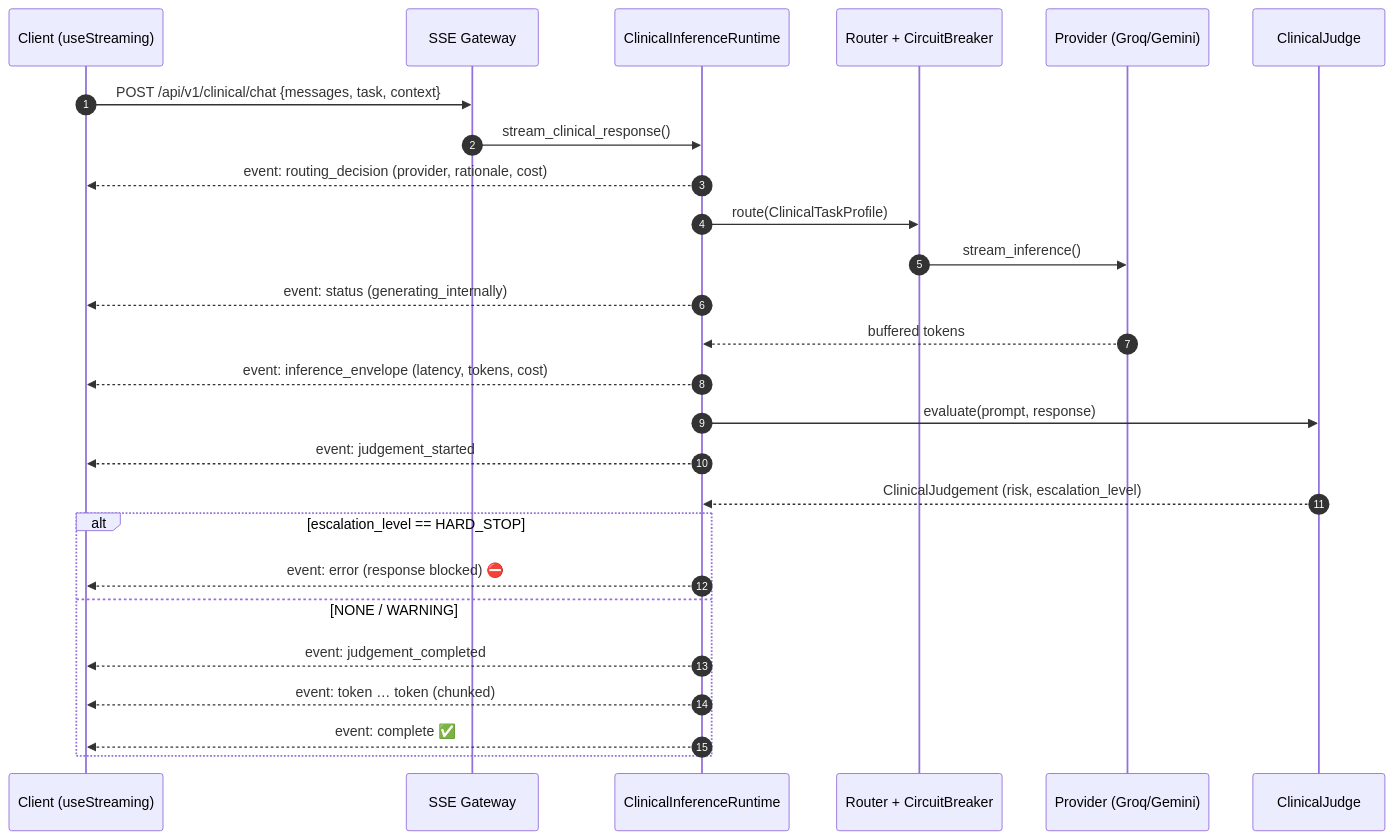
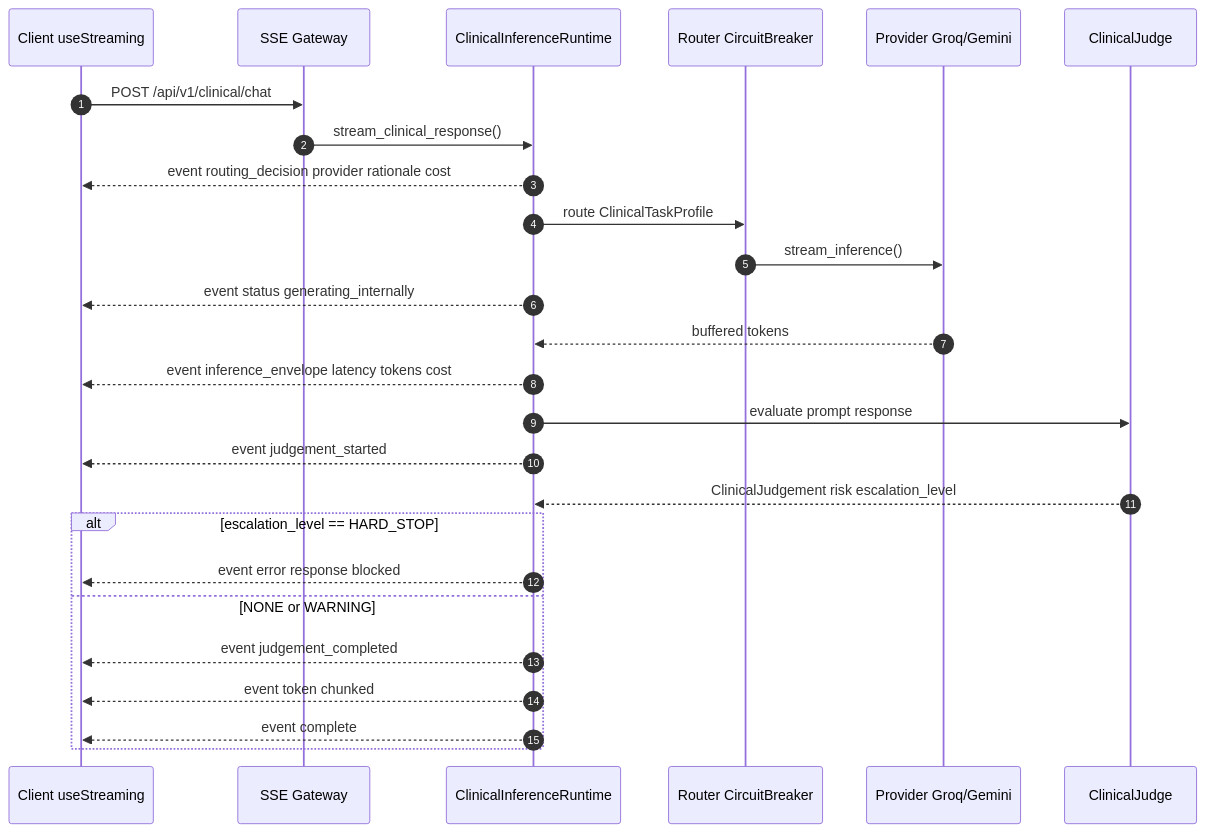
The second of 4 diagrams in README.md (vdfs89/Aether_Oncology), drawn with Mermaid before and after one commit. The commit also changed other lines of this file and 1 other file, not shown here.

First line of the commit message:
docs(readme): fix Mermaid diagrams not rendering on GitHub

````diff
--- a/README.md
+++ b/README.md
@@ -272,29 +272,29 @@
 ```mermaid
 sequenceDiagram
     autonumber
-    participant C as Client (useStreaming)
+    participant C as Client useStreaming
     participant G as SSE Gateway
     participant R as ClinicalInferenceRuntime
-    participant RT as Router + CircuitBreaker
-    participant P as Provider (Groq/Gemini)
+    participant RT as Router CircuitBreaker
+    participant P as Provider Groq/Gemini
     participant J as ClinicalJudge
 
-    C->>G: POST /api/v1/clinical/chat {messages, task, context}
+    C->>G: POST /api/v1/clinical/chat
     G->>R: stream_clinical_response()
-    R-->>C: event: routing_decision (provider, rationale, cost)
-    R->>RT: route(ClinicalTaskProfile)
+    R-->>C: event routing_decision provider rationale cost
+    R->>RT: route ClinicalTaskProfile
     RT->>P: stream_inference()
-    R-->>C: event: status (generating_internally)
+    R-->>C: event status generating_internally
     P-->>R: buffered tokens
-    R-->>C: event: inference_envelope (latency, tokens, cost)
-    R->>J: evaluate(prompt, response)
-    R-->>C: event: judgement_started
-    J-->>R: ClinicalJudgement (risk, escalation_level)
+    R-->>C: event inference_envelope latency tokens cost
+    R->>J: evaluate prompt response
+    R-->>C: event judgement_started
+    J-->>R: ClinicalJudgement risk escalation_level
     alt escalation_level == HARD_STOP
-        R-->>C: event: error (response blocked) ⛔
-    else NONE / WARNING
-        R-->>C: event: judgement_completed
-        R-->>C: event: token … token (chunked)
-        R-->>C: event: complete ✅
+        R-->>C: event error response blocked
+    else NONE or WARNING
+        R-->>C: event judgement_completed
+        R-->>C: event token chunked
+        R-->>C: event complete
     end
 ```
````
